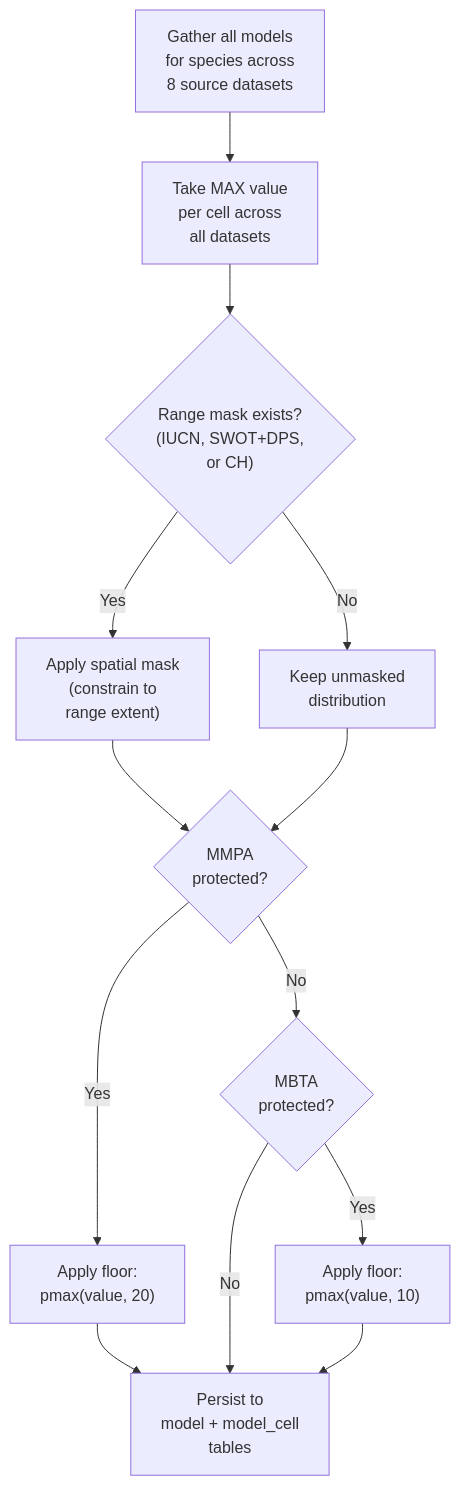
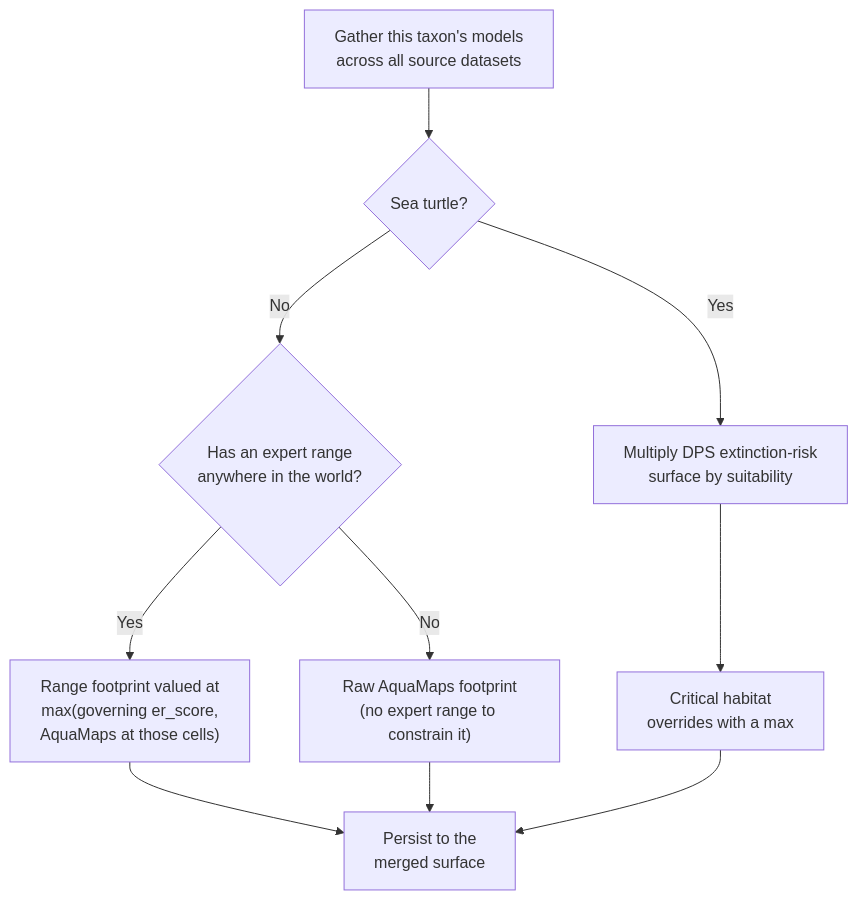
One commit to MarineSensitivity/docs changed the diagram in model-merging.qmd. Above: the diagram before and after it, drawn with Mermaid. The commit also changed other lines of this file and 31 other files, not shown here.

````diff
--- a/model-merging.qmd
+++ b/model-merging.qmd
@@ -20,18 +23,15 @@
 ```{mermaid}
 %%| label: fig-merge-pipeline
-%%| fig-cap: "Model merging pipeline for a single species."
+%%| fig-cap: "Merging one taxon's source models into a single surface."
 %%| fig-width: 6
 flowchart TD
-  A["Gather all models<br>for species across<br>8 source datasets"] --> B["Take MAX value<br>per cell across<br>all datasets"]
-  B --> C{"Range mask exists?<br>(IUCN, SWOT+DPS,<br>or CH)"}
-  C -->|Yes| D["Apply spatial mask<br>(constrain to<br>range extent)"]
-  C -->|No| E["Keep unmasked<br>distribution"]
-  D --> F{"MMPA<br>protected?"}
+  A["Gather this taxon's models<br>across all source datasets"] --> T{"Sea turtle?"}
+  T -->|Yes| M["Multiply DPS extinction-risk<br>surface by suitability"]
+  T -->|No| B{"Has an expert range<br>anywhere in the world?"}
+  B -->|Yes| C["Range footprint valued at<br>max(governing er_score,<br>AquaMaps at those cells)"]
+  B -->|No| D["Raw AquaMaps footprint<br>(no expert range to constrain it)"]
+  M --> E["Critical habitat<br>overrides with a max"]
+  C --> F["Persist to the<br>merged surface"]
+  D --> F
   E --> F
-  F -->|Yes| G["Apply floor:<br>pmax(value, 20)"]
-  F -->|No| H{"MBTA<br>protected?"}
-  G --> I["Persist to<br>model + model_cell<br>tables"]
-  H -->|Yes| J["Apply floor:<br>pmax(value, 10)"]
-  H -->|No| I
-  J --> I
 ```
````
